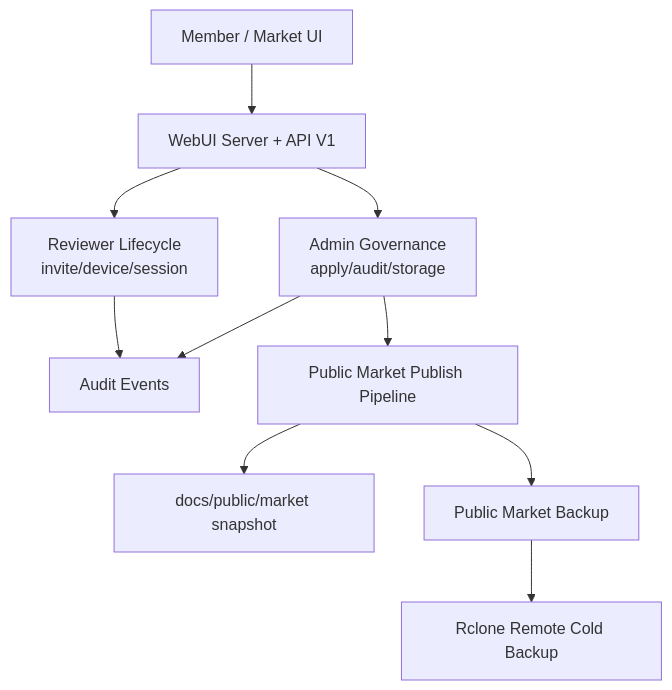
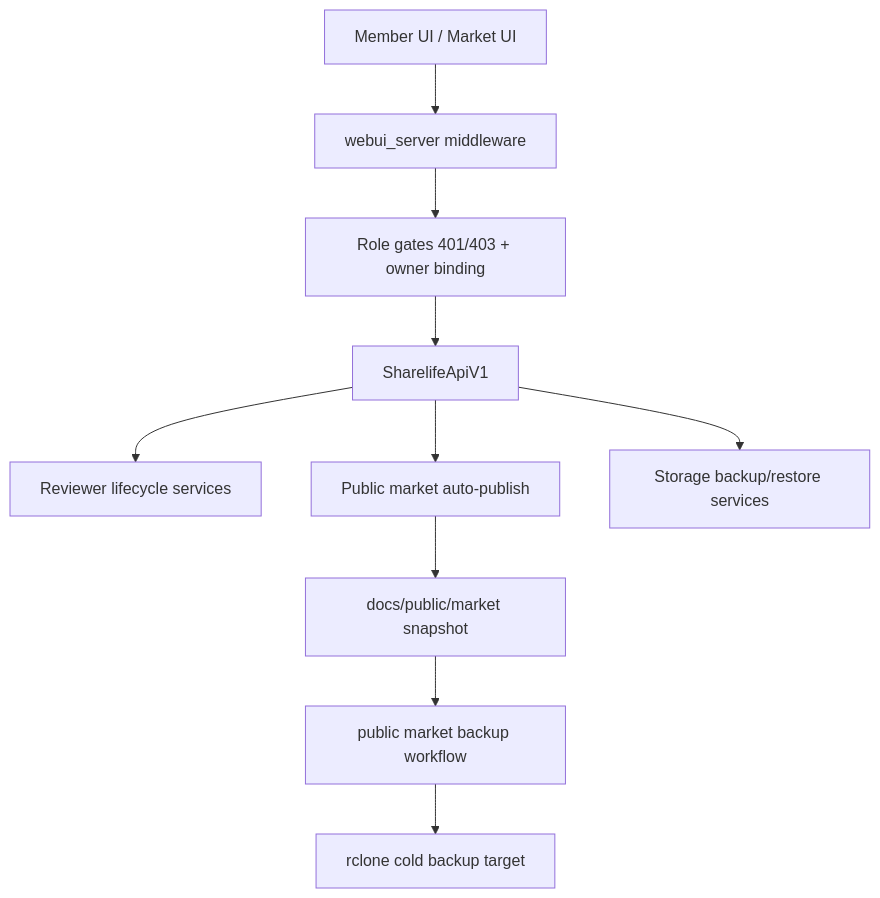
One commit to Jacobinwwey/astrbot_plugin_sharelife changed the diagram in docs/brainstorms/2026-04-06-execution-direction-gap-closure-requirements.md. Above: the diagram before and after it, drawn with Mermaid. The commit also changed other lines of this file and 5 other files, not shown here.

Commit message:
refactor(webui): extract market facet view helpers

````diff
--- a/docs/brainstorms/2026-04-06-execution-direction-gap-closure-requirements.md
+++ b/docs/brainstorms/2026-04-06-execution-direction-gap-closure-requirements.md
@@ -17,14 +19,12 @@
 ```mermaid
 flowchart TB
-    M[Member / Market UI] --> API[WebUI Server + API V1]
-    API --> REV[Reviewer Lifecycle
-invite/device/session]
-    API --> ADM[Admin Governance
-apply/audit/storage]
-    REV --> AUD[Audit Events]
-    ADM --> AUD
-    ADM --> PUB[Public Market Publish Pipeline]
-    PUB --> SNAP[docs/public/market snapshot]
-    PUB --> BAK[Public Market Backup]
-    BAK --> REMOTE[Rclone Remote Cold Backup]
+    U[Member UI / Market UI] --> S[webui_server middleware]
+    S --> A[Role gates 401/403 + owner binding]
+    A --> API[SharelifeApiV1]
+    API --> REV[Reviewer lifecycle services]
+    API --> PM[Public market auto-publish]
+    API --> SB[Storage backup/restore services]
+    PM --> SNAP[docs/public/market snapshot]
+    SNAP --> BAK[public market backup workflow]
+    BAK --> RCLONE[rclone cold backup target]
 ```
````
